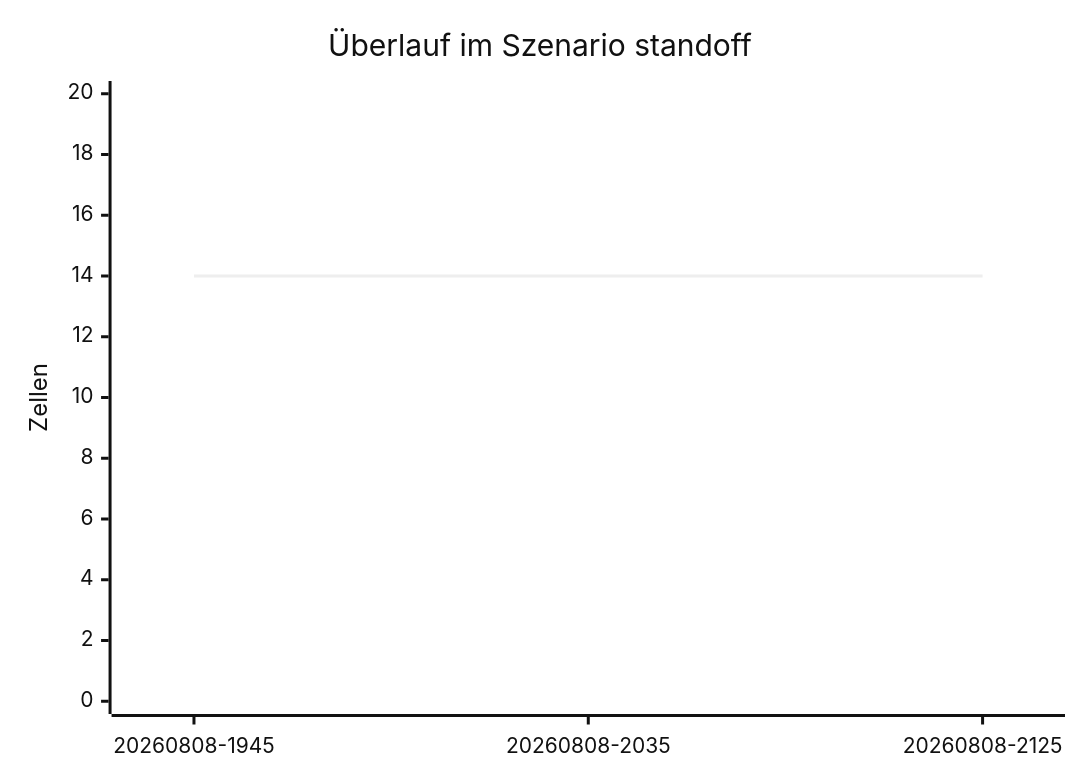
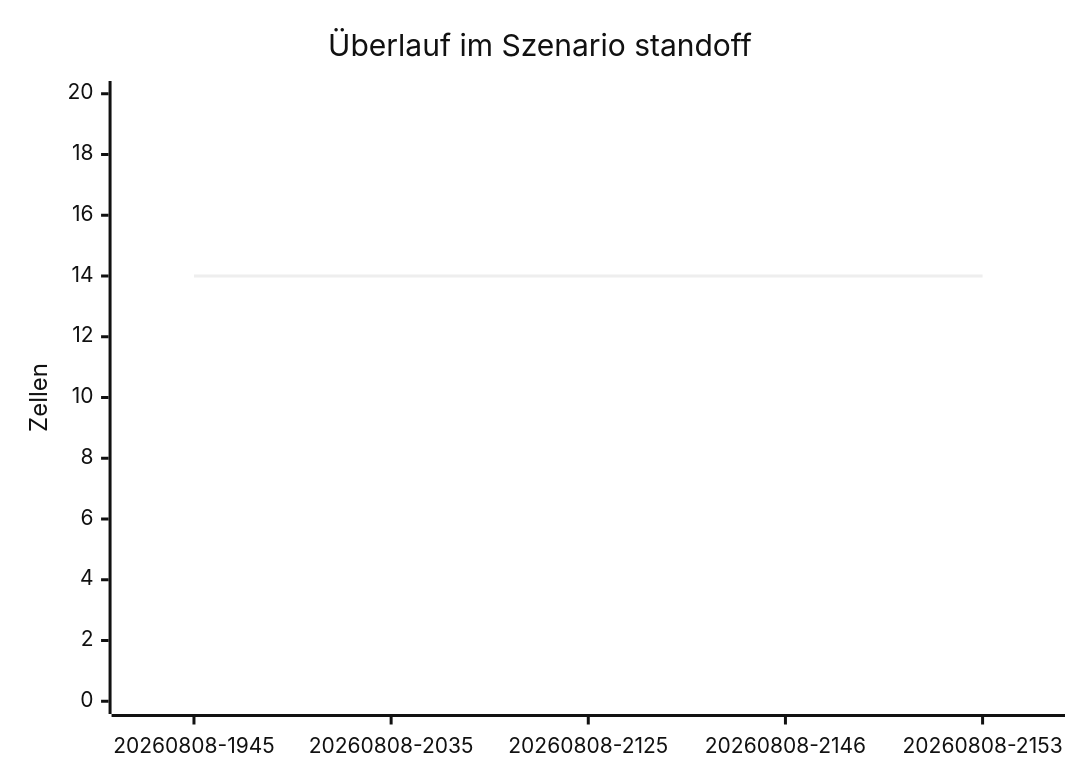
The third of 3 diagrams in tools/Nova.AiLab/reports/README.md (arn-c0de/Project_Nova), drawn with Mermaid (neutral theme) before and after one commit. The commit also changed other lines of this file and 24 other files, not shown here.

````diff
--- a/tools/Nova.AiLab/reports/README.md
+++ b/tools/Nova.AiLab/reports/README.md
@@ -67,7 +69,7 @@
 ```mermaid
 xychart-beta
     title "Überlauf im Szenario standoff"
-    x-axis ["20260808-1945", "20260808-2035", "20260808-2125"]
+    x-axis ["20260808-1945", "20260808-2035", "20260808-2125", "20260808-2146", "20260808-2153"]
     y-axis "Zellen" 0 --> 20
-    line [14, 14, 14]
+    line [14, 14, 14, 14, 14]
 ```
````
